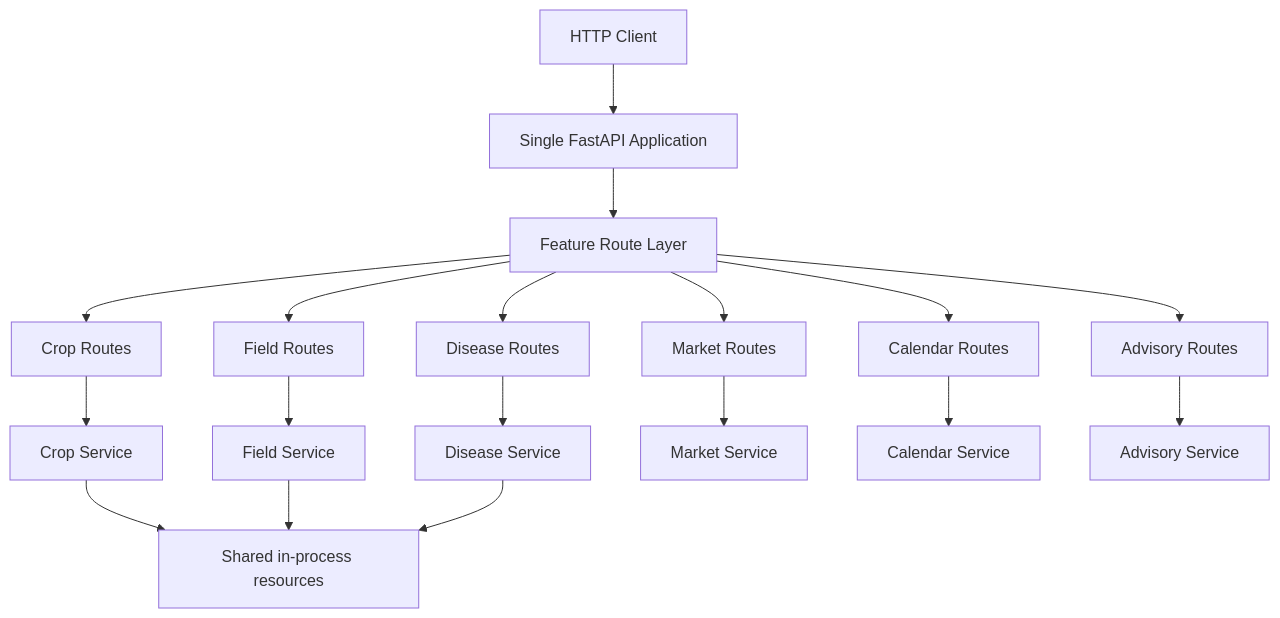
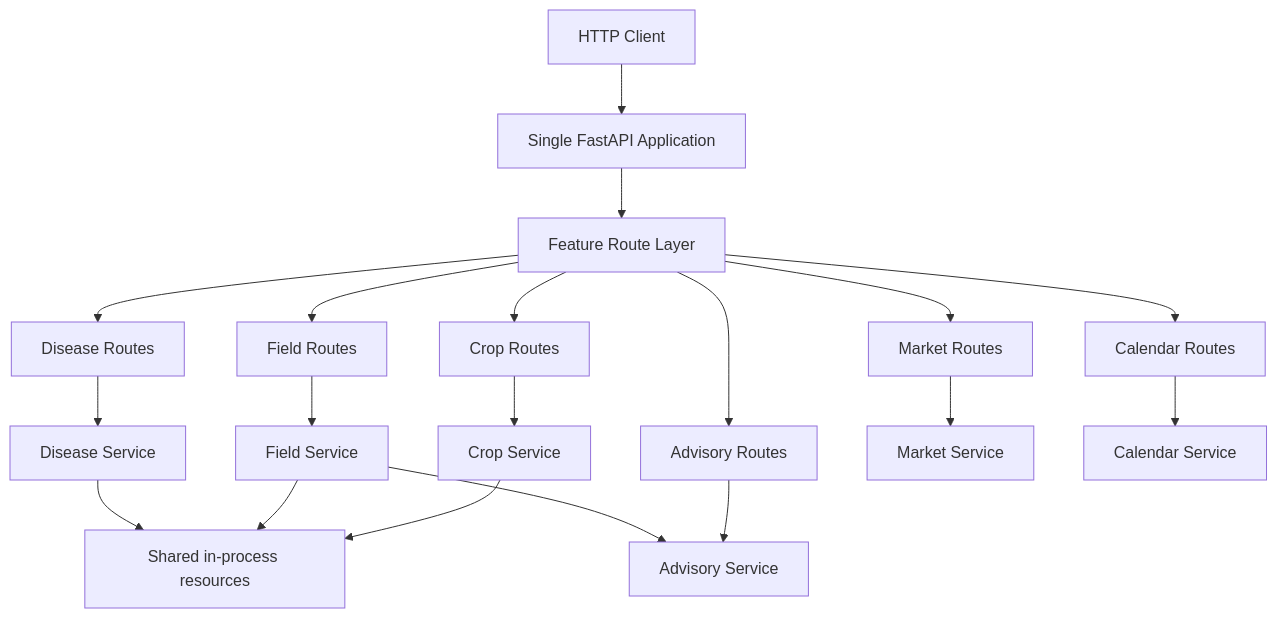
One commit to ESpoorthy/OOPS-Monolithic changed the diagram in ARCHITECTURE.md. Above: the diagram before and after it, drawn with Mermaid. The commit also changed other lines of this file, not shown here.

Commit message:
Document advisory service ownership and module boundaries

````diff
--- a/ARCHITECTURE.md
+++ b/ARCHITECTURE.md
@@ -24,22 +24,23 @@
 ```mermaid
 flowchart TB
     Client[HTTP Client] --> App[Single FastAPI Application]
     App --> RouterLayer[Feature Route Layer]
     RouterLayer --> Crop[Crop Routes]
     RouterLayer --> Field[Field Routes]
     RouterLayer --> Disease[Disease Routes]
     RouterLayer --> Market[Market Routes]
     RouterLayer --> Calendar[Calendar Routes]
     RouterLayer --> Advisory[Advisory Routes]
 
     Crop --> CropSvc[Crop Service]
     Field --> FieldSvc[Field Service]
     Disease --> DiseaseSvc[Disease Service]
     Market --> MarketSvc[Market Service]
     Calendar --> CalendarSvc[Calendar Service]
     Advisory --> AdvisorySvc[Advisory Service]
 
+    FieldSvc --> AdvisorySvc
     CropSvc --> Shared[Shared in-process resources]
     FieldSvc --> Shared
     DiseaseSvc --> Shared
 ```
````
